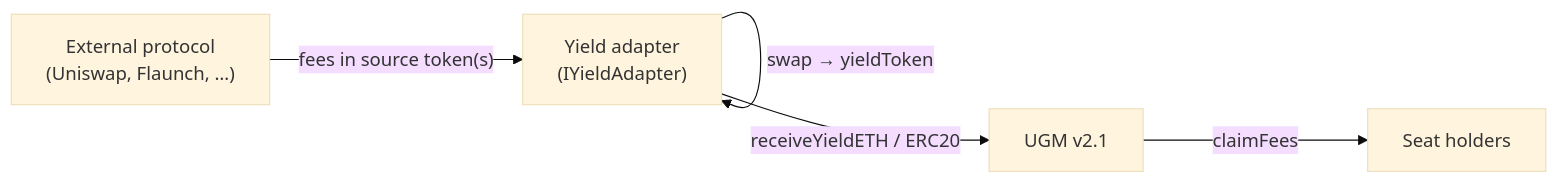
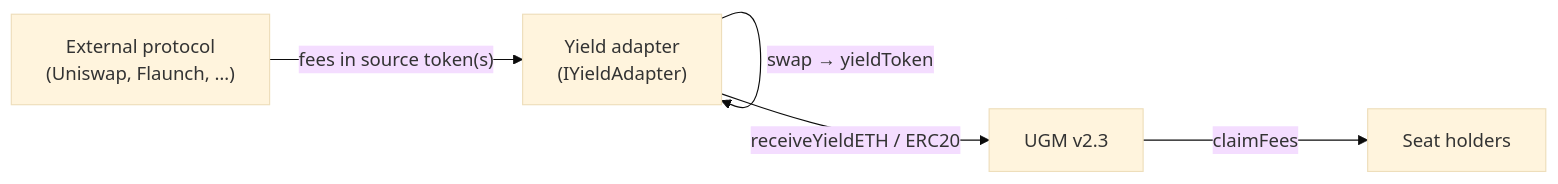
The first of 2 diagrams in overview/yield-adapter-model.md (takeoverapp/takeover-docs), drawn with Mermaid (base theme) before and after one commit. The commit also changed other lines of this file and 35 other files, not shown here.

````diff
--- a/overview/yield-adapter-model.md
+++ b/overview/yield-adapter-model.md
@@ -24,12 +24,12 @@
 ```mermaid
 flowchart LR
     Source["External protocol\n(Uniswap, Flaunch, …)"]
     Adapter["Yield adapter\n(IYieldAdapter)"]
-    UGM["UGM v2.1"]
+    UGM["UGM v2.3"]
     Holders["Seat holders"]
 
     Source -- "fees in source token(s)" --> Adapter
     Adapter -- "swap → yieldToken" --> Adapter
     Adapter -- "receiveYieldETH / ERC20" --> UGM
     UGM -- "claimFees" --> Holders
 ```
````
